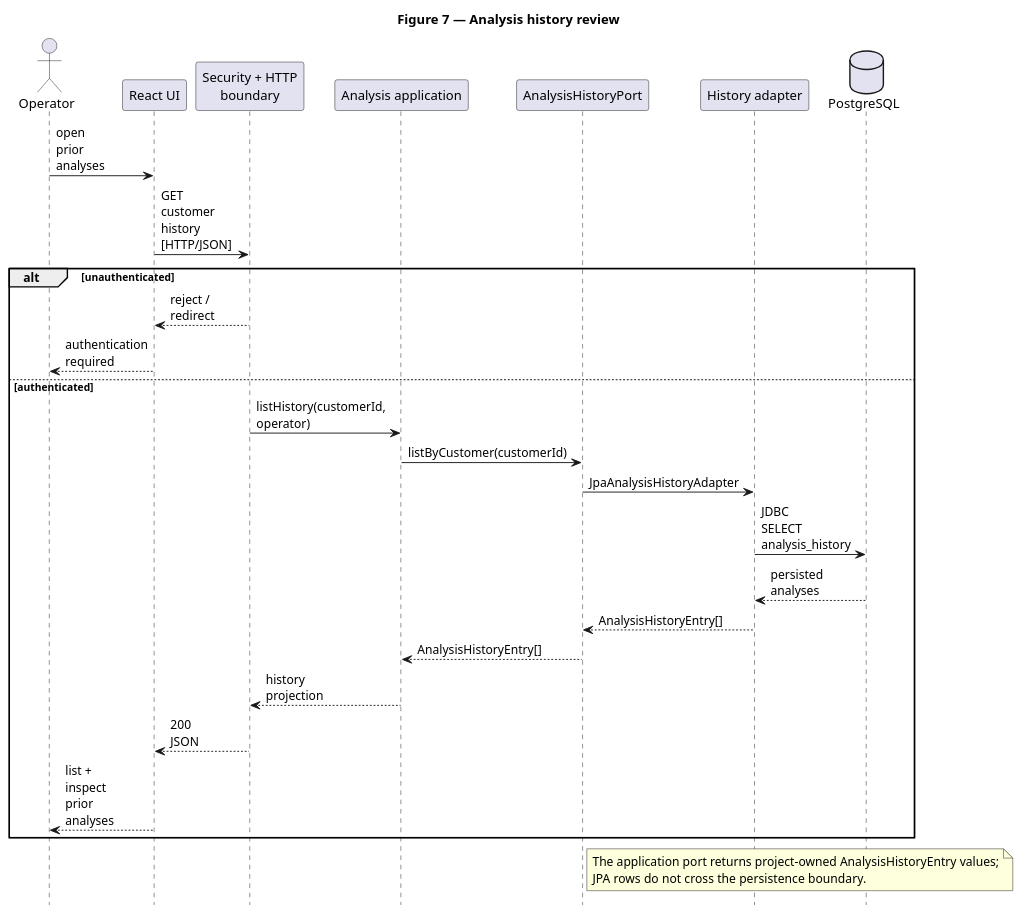
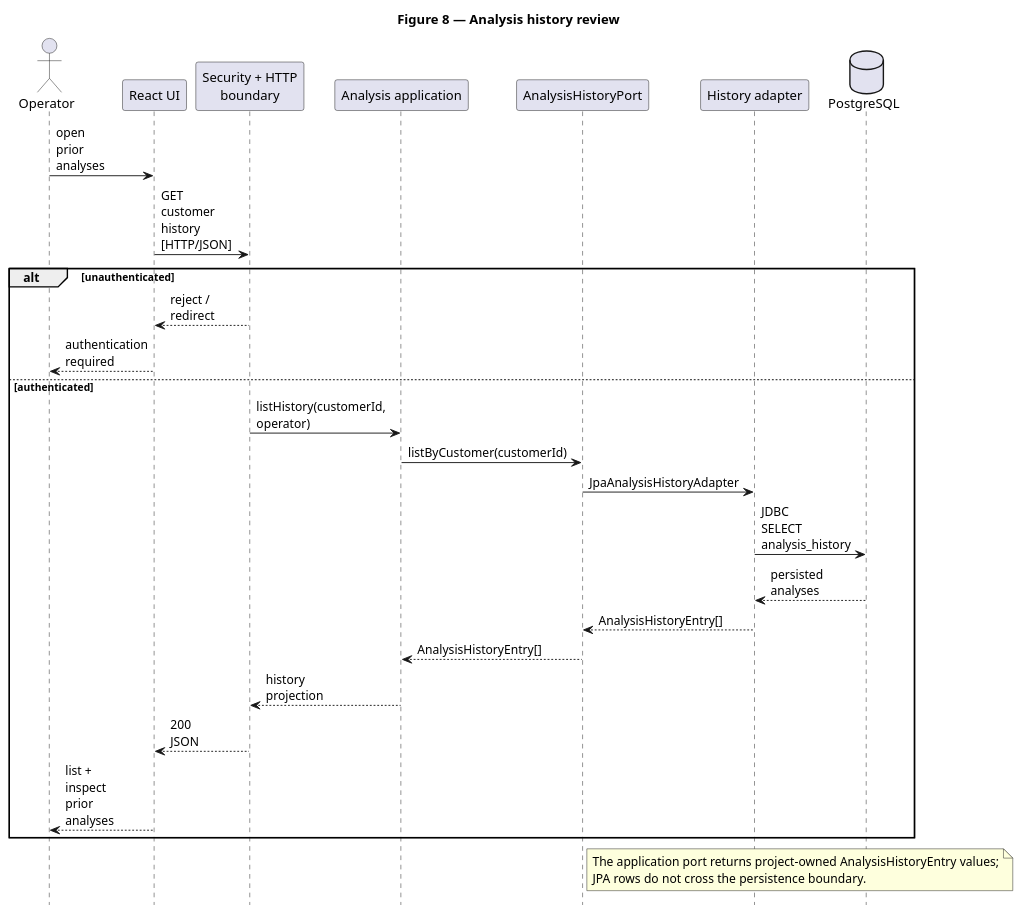
One commit to jdoe-dev-159753/specgraph-reference-app changed the diagram in docs/assignment/SDD/diagrams/sequence-analysis-history.puml. Above: the diagram before and after it, drawn with PlantUML.

Commit message:
docs: renumber analysis history figure

```diff
--- a/docs/assignment/SDD/diagrams/sequence-analysis-history.puml
+++ b/docs/assignment/SDD/diagrams/sequence-analysis-history.puml
@@ -1,36 +1,36 @@
 @startuml
-title Figure 7 — Analysis history review
+title Figure 8 — Analysis history review
 hide footbox
 skinparam maxMessageSize 52
 
 actor Operator
 participant "React UI" as UI
 participant "Security + HTTP\nboundary" as Boundary
 participant "Analysis application" as Analysis
 participant "AnalysisHistoryPort" as History
 participant "History adapter" as Adapter
 database "PostgreSQL" as DB
 
 Operator -> UI : open prior analyses
 UI -> Boundary : GET customer history [HTTP/JSON]
 alt unauthenticated
   Boundary --> UI : reject / redirect
   UI --> Operator : authentication required
 else authenticated
   Boundary -> Analysis : listHistory(customerId, operator)
   Analysis -> History : listByCustomer(customerId)
   History -> Adapter : JpaAnalysisHistoryAdapter
   Adapter -> DB : JDBC SELECT analysis_history
   DB --> Adapter : persisted analyses
   Adapter --> History : AnalysisHistoryEntry[]
   History --> Analysis : AnalysisHistoryEntry[]
   Analysis --> Boundary : history projection
   Boundary --> UI : 200 JSON
   UI --> Operator : list + inspect prior analyses
 end
 
 note right of History
   The application port returns project-owned AnalysisHistoryEntry values;
   JPA rows do not cross the persistence boundary.
 end note
 @enduml
```
